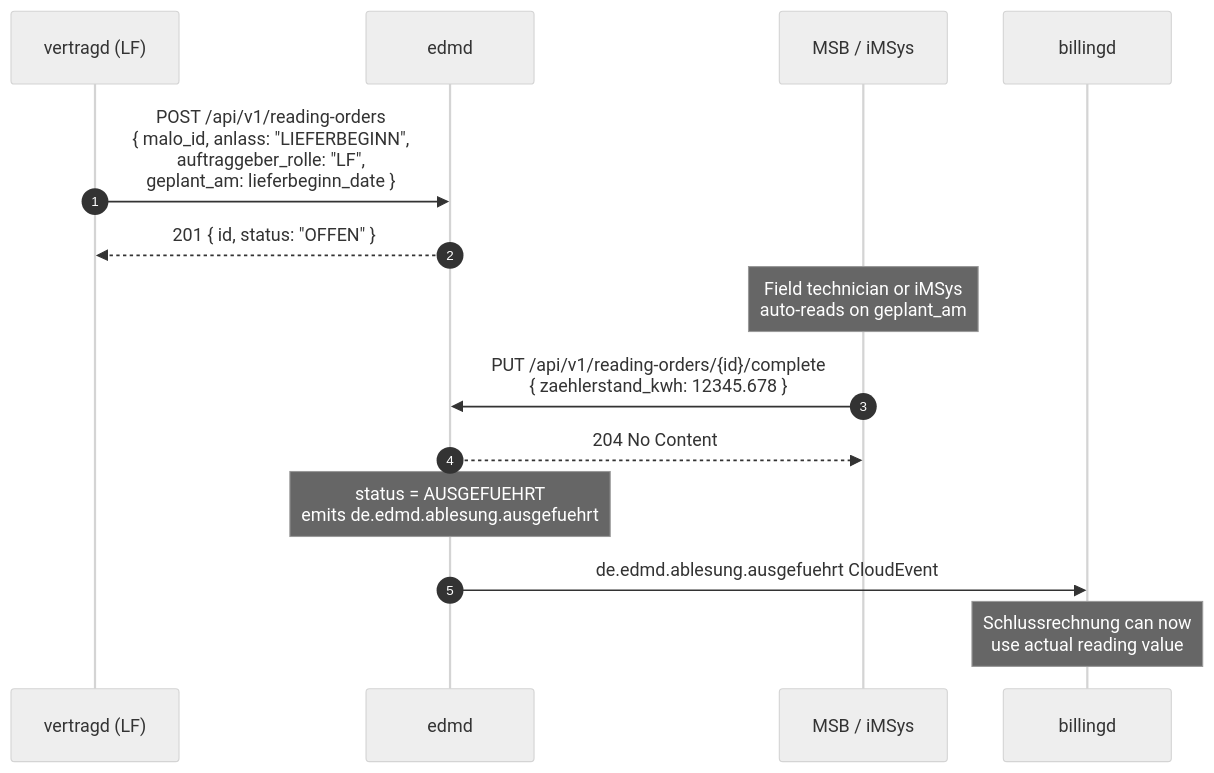
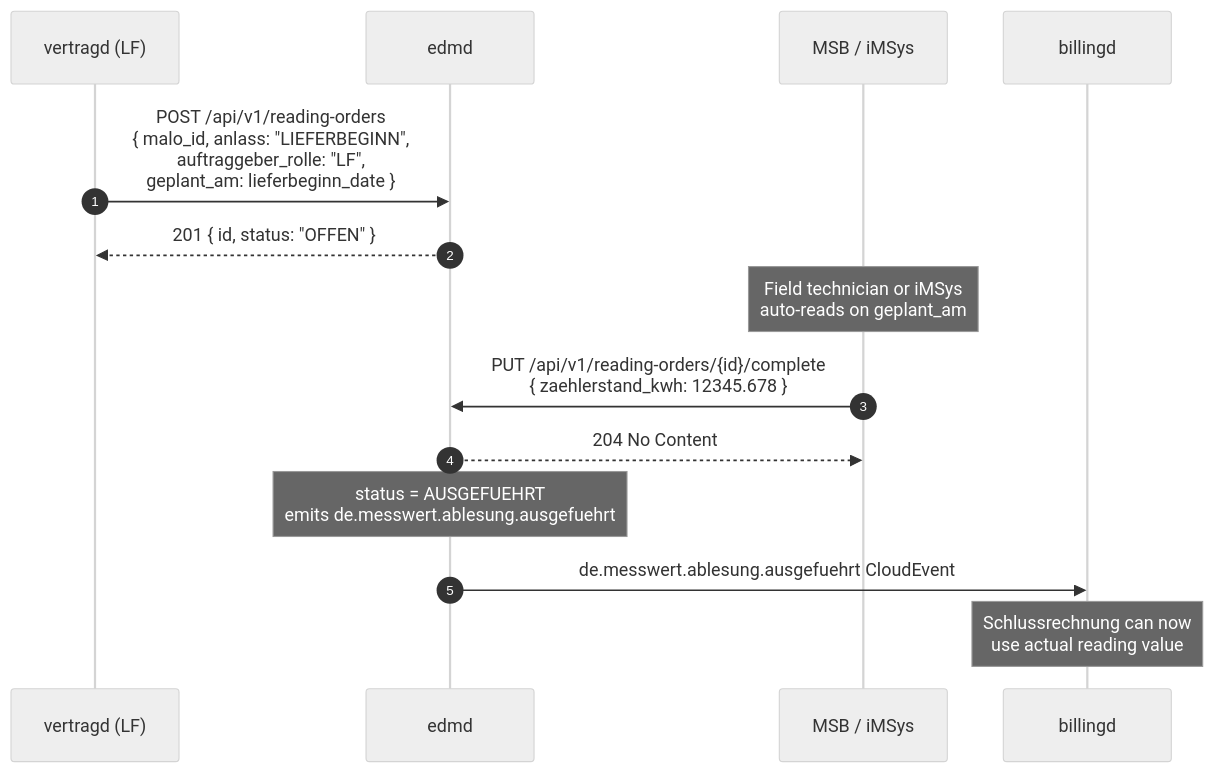
The second of 4 diagrams in docs/edmd.md (hupe1980/mako), drawn with Mermaid (neutral theme) before and after one commit. The commit also changed other lines of this file and 391 other files, not shown here.

````diff
--- a/docs/edmd.md
+++ b/docs/edmd.md
@@ -1110,21 +1110,21 @@
 ```mermaid
 sequenceDiagram
     autonumber
     participant LF as vertragd (LF)
     participant edmd
     participant MSB as MSB / iMSys
     participant billingd
 
     LF->>edmd: POST /api/v1/reading-orders<br/>{ malo_id, anlass: "LIEFERBEGINN",<br/>  auftraggeber_rolle: "LF",<br/>  geplant_am: lieferbeginn_date }
     edmd-->>LF: 201 { id, status: "OFFEN" }
 
     Note over MSB: Field technician or iMSys<br/>auto-reads on geplant_am
 
     MSB->>edmd: PUT /api/v1/reading-orders/{id}/complete<br/>{ zaehlerstand_kwh: 12345.678 }
     edmd-->>MSB: 204 No Content
 
-    Note over edmd: status = AUSGEFUEHRT<br/>emits de.edmd.ablesung.ausgefuehrt
+    Note over edmd: status = AUSGEFUEHRT<br/>emits de.messwert.ablesung.ausgefuehrt
 
-    edmd->>billingd: de.edmd.ablesung.ausgefuehrt CloudEvent
+    edmd->>billingd: de.messwert.ablesung.ausgefuehrt CloudEvent
     Note over billingd: Schlussrechnung can now<br/>use actual reading value
 ```
````
